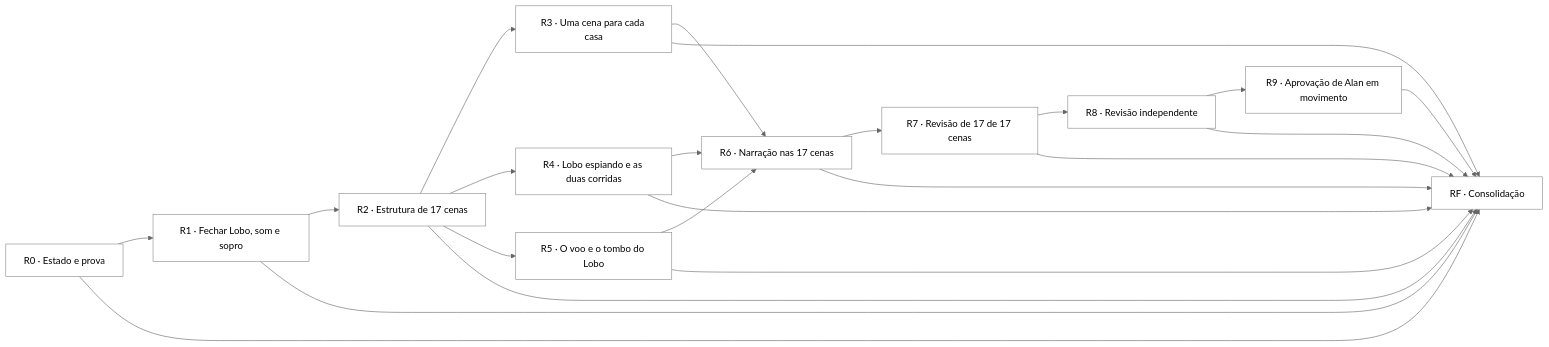
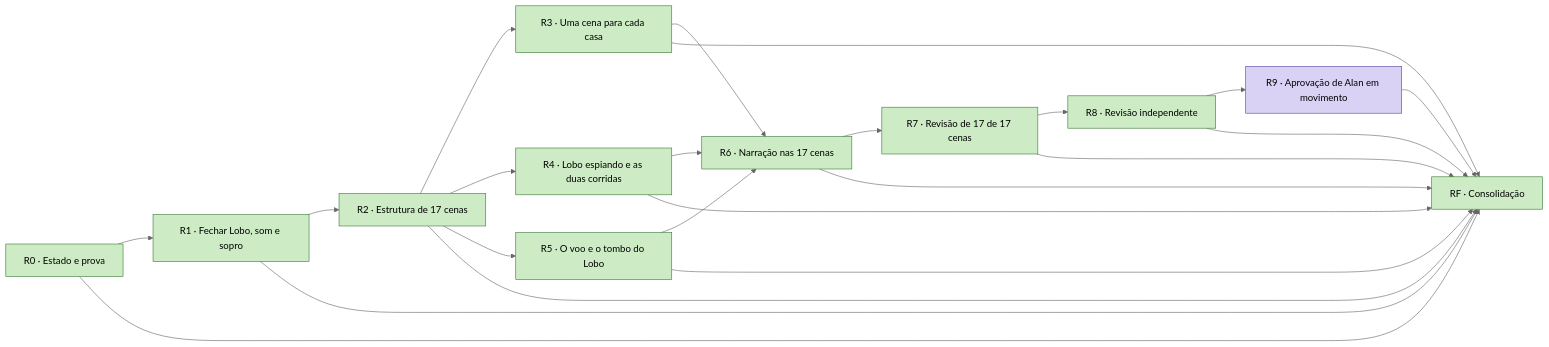
Before and after one commit to oalanicolas/games-tres-porquinhos-carrossel: the diagram in docs/gauntlet-17-cenas.md, drawn with Mermaid (neutral theme). The commit also changed other lines of this file and 23 other files, not shown here.

````diff
--- a/docs/gauntlet-17-cenas.md
+++ b/docs/gauntlet-17-cenas.md
@@ -50,40 +50,40 @@
 ```mermaid
 flowchart LR
-  R0["R0 · Estado e prova"]:::aberta
-  R1["R1 · Fechar Lobo, som e sopro"]:::aberta
-  R2["R2 · Estrutura de 17 cenas"]:::aberta
-  R3["R3 · Uma cena para cada casa"]:::aberta
-  R4["R4 · Lobo espiando e as duas corridas"]:::aberta
-  R5["R5 · O voo e o tombo do Lobo"]:::aberta
-  R6["R6 · Narração nas 17 cenas"]:::aberta
-  R7["R7 · Revisão de 17 de 17 cenas"]:::aberta
-  R8["R8 · Revisão independente"]:::aberta
-  R9["R9 · Aprovação de Alan em movimento"]:::aberta
-  RF["RF · Consolidação"]:::aberta
+  R0["R0 · Estado e prova"]:::concluida
+  R1["R1 · Fechar Lobo, som e sopro"]:::concluida
+  R2["R2 · Estrutura de 17 cenas"]:::concluida
+  R3["R3 · Uma cena para cada casa"]:::concluida
+  R4["R4 · Lobo espiando e as duas corridas"]:::concluida
+  R5["R5 · O voo e o tombo do Lobo"]:::concluida
+  R6["R6 · Narração nas 17 cenas"]:::concluida
+  R7["R7 · Revisão de 17 de 17 cenas"]:::concluida
+  R8["R8 · Revisão independente"]:::concluida
+  R9["R9 · Aprovação de Alan em movimento"]:::aguarda_alan
+  RF["RF · Consolidação"]:::concluida
   R0 --> R1
   R1 --> R2
   R2 --> R3
   R2 --> R4
   R2 --> R5
   R3 --> R6
   R4 --> R6
   R5 --> R6
   R6 --> R7
   R7 --> R8
   R8 --> R9
   R0 --> RF
   R1 --> RF
   R2 --> RF
   R3 --> RF
   R4 --> RF
   R5 --> RF
   R6 --> RF
   R7 --> RF
   R8 --> RF
   R9 --> RF
   classDef concluida fill:#cdebc5,stroke:#3c7a32
   classDef em_andamento fill:#fff2b3,stroke:#a88a00
   classDef bloqueada fill:#f6c9c4,stroke:#a33b2f
   classDef aguarda_alan fill:#d9d2f4,stroke:#5a45a8
   classDef aberta fill:#ffffff,stroke:#8a8a8a
 ```
````
